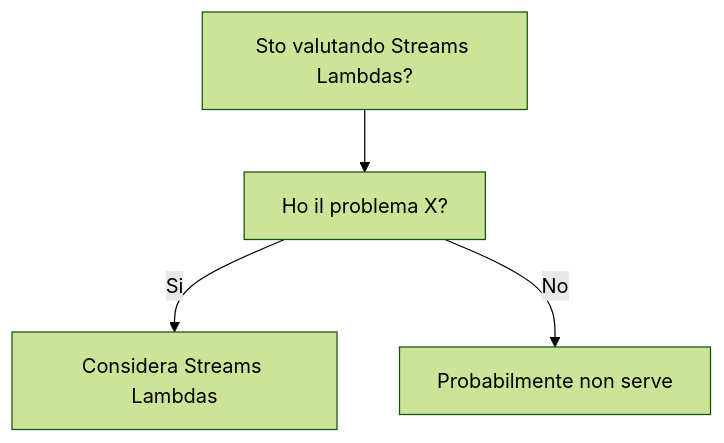
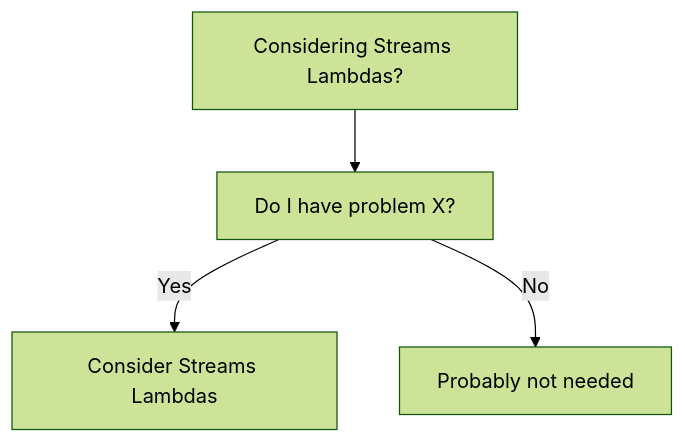
The diagram in dev-wiki/14_Languages/Java/Streams_Lambdas/When_To_Use.md (HxT9/Software-Dev-Wiki), drawn with Mermaid (forest theme) before and after one commit. The commit also changed other lines of this file and 3444 other files, not shown here.

````diff
--- a/dev-wiki/14_Languages/Java/Streams_Lambdas/When_To_Use.md
+++ b/dev-wiki/14_Languages/Java/Streams_Lambdas/When_To_Use.md
@@ -19,6 +19,6 @@
 ```mermaid
 flowchart TD
-  Q[Sto valutando Streams Lambdas?] --> Q1[Ho il problema X?]
-  Q1 -->|Si| OK[Considera Streams Lambdas]
-  Q1 -->|No| NO[Probabilmente non serve]
+  Q[Considering Streams Lambdas?] --> Q1[Do I have problem X?]
+  Q1 -->|Yes| OK[Consider Streams Lambdas]
+  Q1 -->|No| NO[Probably not needed]
 ```
````
